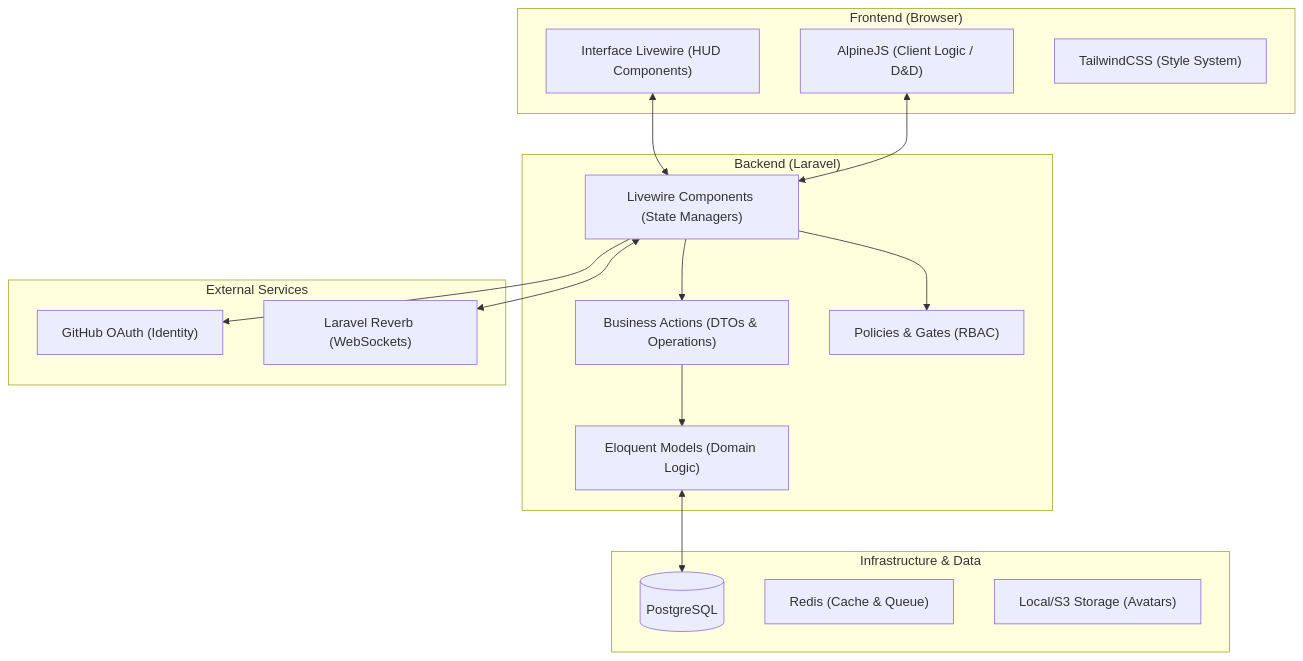
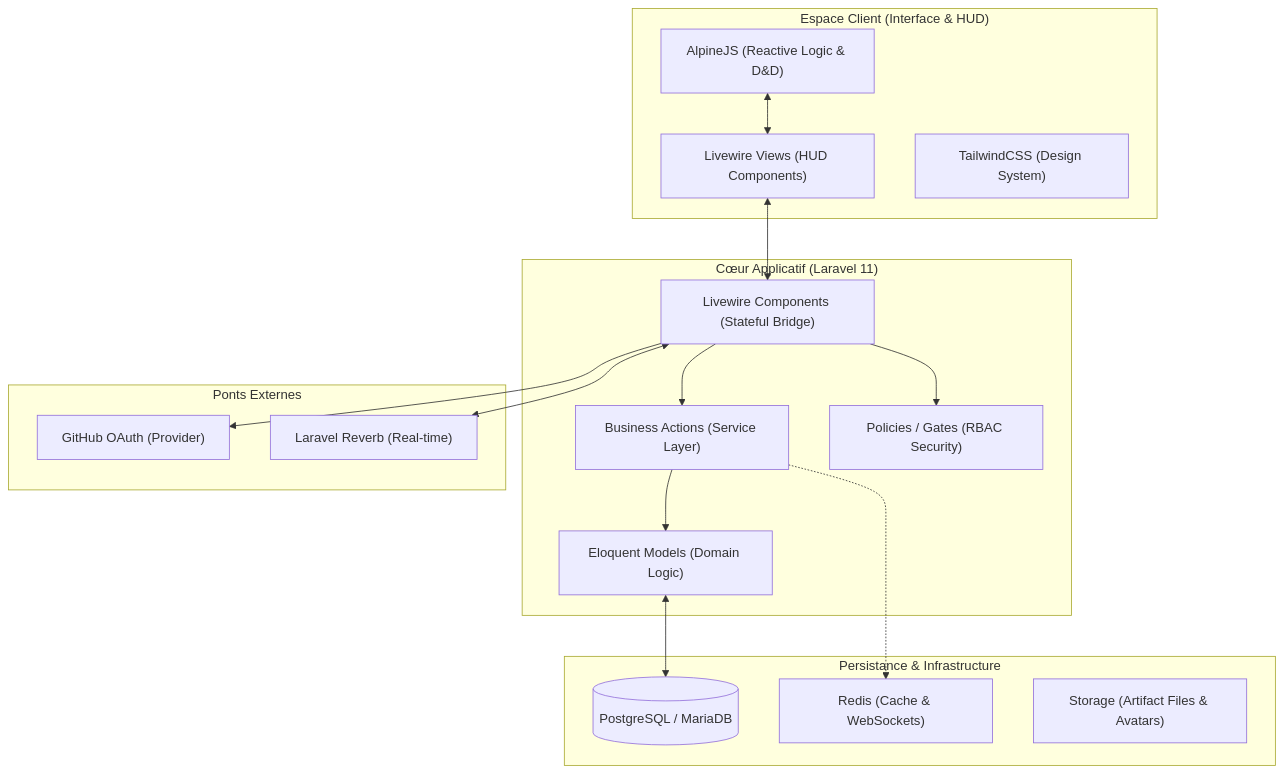
The diagram in us/us10_architecture_globale.md (EnriqueP01/reviewme), drawn with Mermaid before and after one commit. The commit also changed 3 other files, not shown here.

Commit message:
docs(diag): intégration des schémas Mermaid expert (US10, 12, 13)

````diff
--- a/us/us10_architecture_globale.md
+++ b/us/us10_architecture_globale.md
@@ -18,35 +18,37 @@
 ```mermaid
 graph TD
-    subgraph "Frontend (Browser)"
-        UI["Interface Livewire (HUD Components)"]
-        AL["AlpineJS (Client Logic / D&D)"]
-        TW["TailwindCSS (Style System)"]
+    subgraph Frontend ["Espace Client (Interface & HUD)"]
+        UI["Livewire Views (HUD Components)"]
+        AL["AlpineJS (Reactive Logic & D&D)"]
+        TW["TailwindCSS (Design System)"]
     end
 
-    subgraph "Backend (Laravel)"
-        LVW["Livewire Components (State Managers)"]
-        ACT["Business Actions (DTOs & Operations)"]
+    subgraph Backend ["Cœur Applicatif (Laravel 11)"]
+        LW["Livewire Components (Stateful Bridge)"]
+        ACT["Business Actions (Service Layer)"]
+        SEC["Policies / Gates (RBAC Security)"]
         MOD["Eloquent Models (Domain Logic)"]
-        SEC["Policies & Gates (RBAC)"]
     end
 
-    subgraph "Infrastructure & Data"
-        DB[("PostgreSQL")]
-        CH["Redis (Cache & Queue)"]
-        FS["Local/S3 Storage (Avatars)"]
+    subgraph Infra ["Persistance & Infrastructure"]
+        DB[("PostgreSQL / MariaDB")]
+        RED["Redis (Cache & WebSockets)"]
+        STOR["Storage (Artifact Files & Avatars)"]
     end
 
-    subgraph "External Services"
-        GTH["GitHub OAuth (Identity)"]
-        RVB["Laravel Reverb (WebSockets)"]
+    subgraph External ["Ponts Externes"]
+        GH["GitHub OAuth (Provider)"]
+        RVB["Laravel Reverb (Real-time)"]
     end
 
-    UI <--> LVW
-    AL <--> LVW
-    LVW --> ACT
+    %% Interactions
+    UI <--> LW
+    AL <--> UI
+    LW --> SEC
+    LW --> ACT
     ACT --> MOD
     MOD <--> DB
-    LVW --> SEC
-    LVW <--> RVB
-    LVW --> GTH
+    LW <--> RVB
+    LW --> GH
+    ACT -.-> RED
 ```
````
